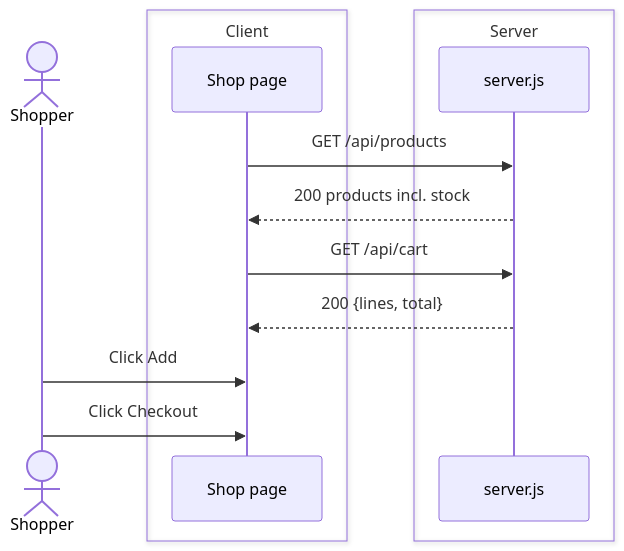
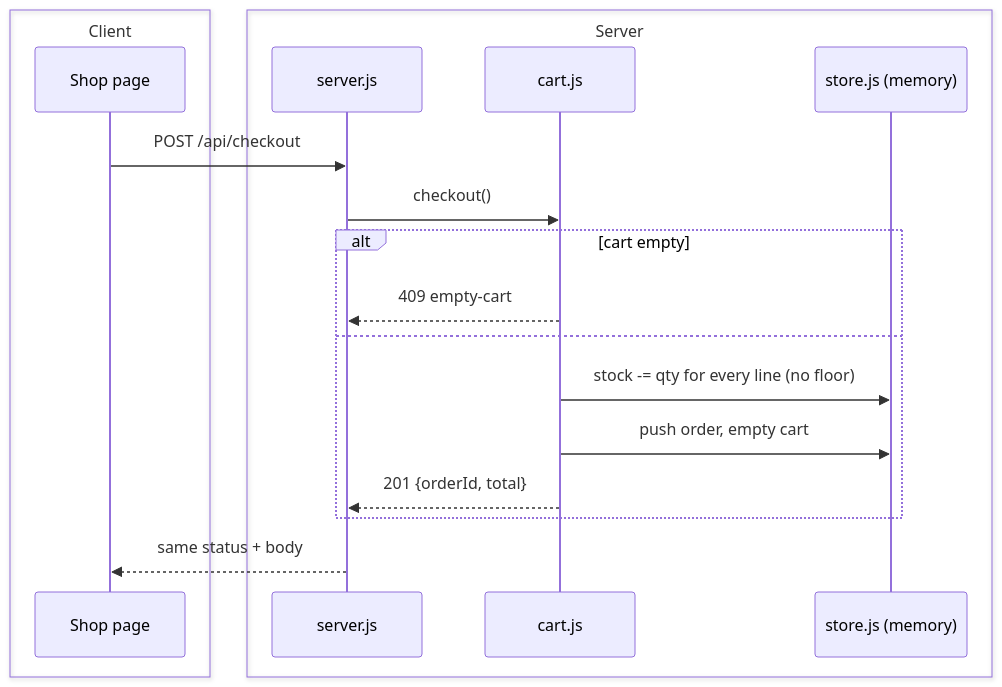
One commit to Ehsan200/feature-verify changed the diagram in examples/cart-observe/.feature-verify/checkout/code.sequence.mmd. Above: the diagram before and after it, drawn with Mermaid. The commit also changed 43 other files, not shown here.

Commit message:
Update README with new sections on big projects and system maps; enhance feature verification with new diagrams and JSON files for checkout and add-to-cart features. Improve documentation on risks and system architecture, and refine existing diagrams for clarity.

```diff
--- a/examples/cart-observe/.feature-verify/checkout/code.sequence.mmd
+++ b/examples/cart-observe/.feature-verify/checkout/code.sequence.mmd
@@ -1,22 +1,26 @@
 sequenceDiagram
-  actor Shopper
   box Client
     participant UI as Shop page
   end
   box Server
     participant API as server.js
+    participant Cart as cart.js
+    participant Store as store.js (memory)
   end
-  UI->>API: GET /api/products
-  %% @ref public/index.html:6#/api/products
-  API-->>UI: 200 products incl. stock
-  %% @ref src/server.js:12#products
-  UI->>API: GET /api/cart
-  %% @ref public/index.html:8#/api/cart
-  API-->>UI: 200 {lines, total}
-  %% @ref src/server.js:13#cartView
-  Shopper->>UI: Click Add
-  %% @ref public/index.html:10#onclick
-  %% @drill add-to-cart
-  Shopper->>UI: Click Checkout
-  %% @ref public/index.html:16#checkout
-  %% @drill checkout
+  UI->>API: POST /api/checkout
+  %% @ref public/index.html:17#/api/checkout
+  API->>Cart: checkout()
+  %% @ref src/server.js:20#checkout
+  alt cart empty
+    Cart-->>API: 409 empty-cart
+    %% @ref src/cart.js:19#empty-cart
+  else
+    Cart->>Store: stock -= qty for every line (no floor)
+    %% @ref src/cart.js:21#stock
+    Cart->>Store: push order, empty cart
+    %% @ref src/cart.js:23#orders.push
+    Cart-->>API: 201 {orderId, total}
+    %% @ref src/cart.js:24#orderId
+  end
+  API-->>UI: same status + body
+  %% @ref src/server.js:21#send
```
